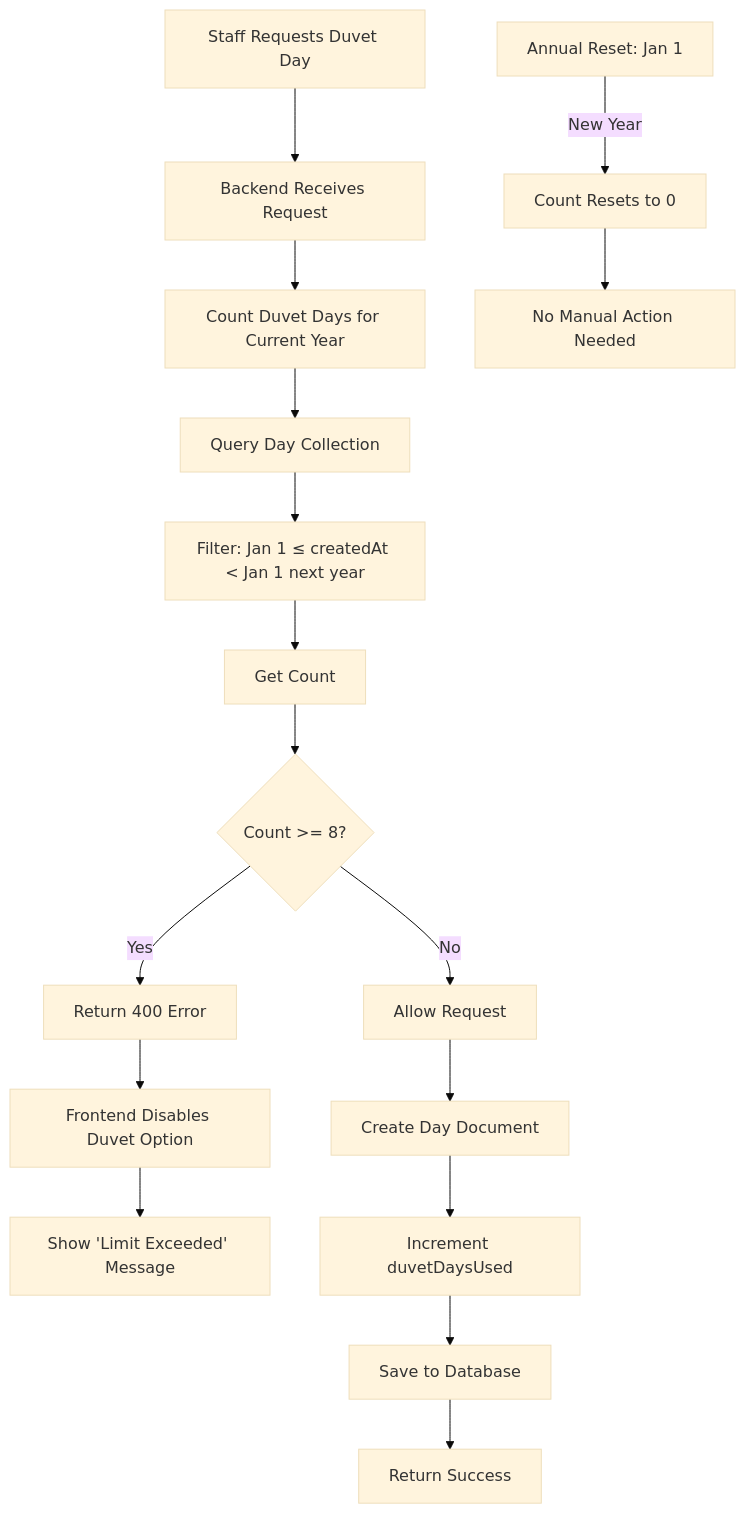
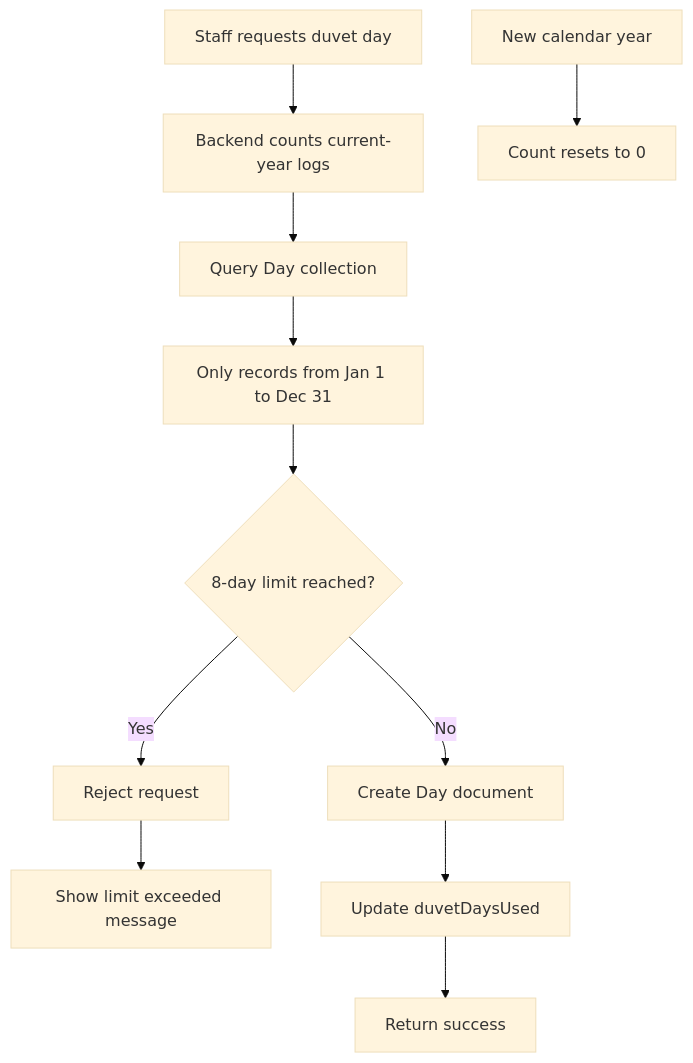
Before and after one commit to chandra0987/holidaysdb: the third of 5 diagrams in README.md, drawn with Mermaid (base theme). The commit also changed other lines of this file and 1 other file, not shown here.

Commit message:
feat(auth): improve admin login error messages and instructions for staff access

````diff
--- a/README.md
+++ b/README.md
@@ -161,22 +152,16 @@
 ```mermaid
 flowchart TD
-    A[Staff Requests Duvet Day] --> B[Backend Receives Request]
-    B --> C[Count Duvet Days for Current Year]
-    C --> D[Query Day Collection]
-    D --> E["Filter: Jan 1 ≤ createdAt < Jan 1 next year"]
-    E --> F[Get Count]
-    
-    F --> G{Count >= 8?}
-    G -->|Yes| H[Return 400 Error]
-    H --> I[Frontend Disables Duvet Option]
-    I --> J[Show 'Limit Exceeded' Message]
-    
-    G -->|No| K[Allow Request]
-    K --> L[Create Day Document]
-    L --> M[Increment duvetDaysUsed]
-    M --> N[Save to Database]
-    N --> O[Return Success]
-    
-    P["Annual Reset: Jan 1"] -->|New Year| Q[Count Resets to 0]
-    Q --> R[No Manual Action Needed]
+    A[Staff requests duvet day] --> B[Backend counts current-year logs]
+    B --> C[Query Day collection]
+    C --> D[Only records from Jan 1 to Dec 31]
+    D --> E{8-day limit reached?}
+
+    E -->|Yes| F[Reject request]
+    F --> G[Show limit exceeded message]
+
+    E -->|No| H[Create Day document]
+    H --> I[Update duvetDaysUsed]
+    I --> J[Return success]
+
+    K[New calendar year] --> L[Count resets to 0]
 ```
````
